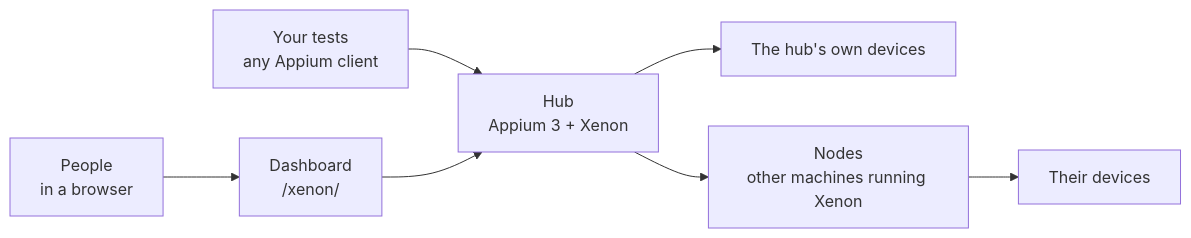
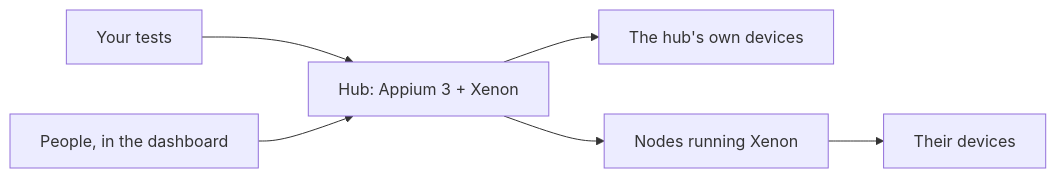
Before and after one commit to Rabindra184/xenon: the diagram in README.md, drawn with Mermaid.

Commit message:
docs: README, a hub-and-nodes diagram that fits GitHub's frame

````diff
--- a/README.md
+++ b/README.md
@@ -246,7 +246,7 @@
 ```mermaid
 flowchart LR
-  tests["Your tests<br/>any Appium client"] --> hub["Hub<br/>Appium 3 + Xenon"]
-  people["People<br/>in a browser"] --> dashboard["Dashboard<br/>/xenon/"] --> hub
-  hub --> hubdevices["The hub's own devices"]
-  hub --> nodes["Nodes<br/>other machines running Xenon"] --> nodedevices["Their devices"]
+  tests["Your tests"] --> hub["Hub: Appium 3 + Xenon"]
+  people["People, in the dashboard"] --> hub
+  hub --> own["The hub's own devices"]
+  hub --> nodes["Nodes running Xenon"] --> theirs["Their devices"]
 ```
````
